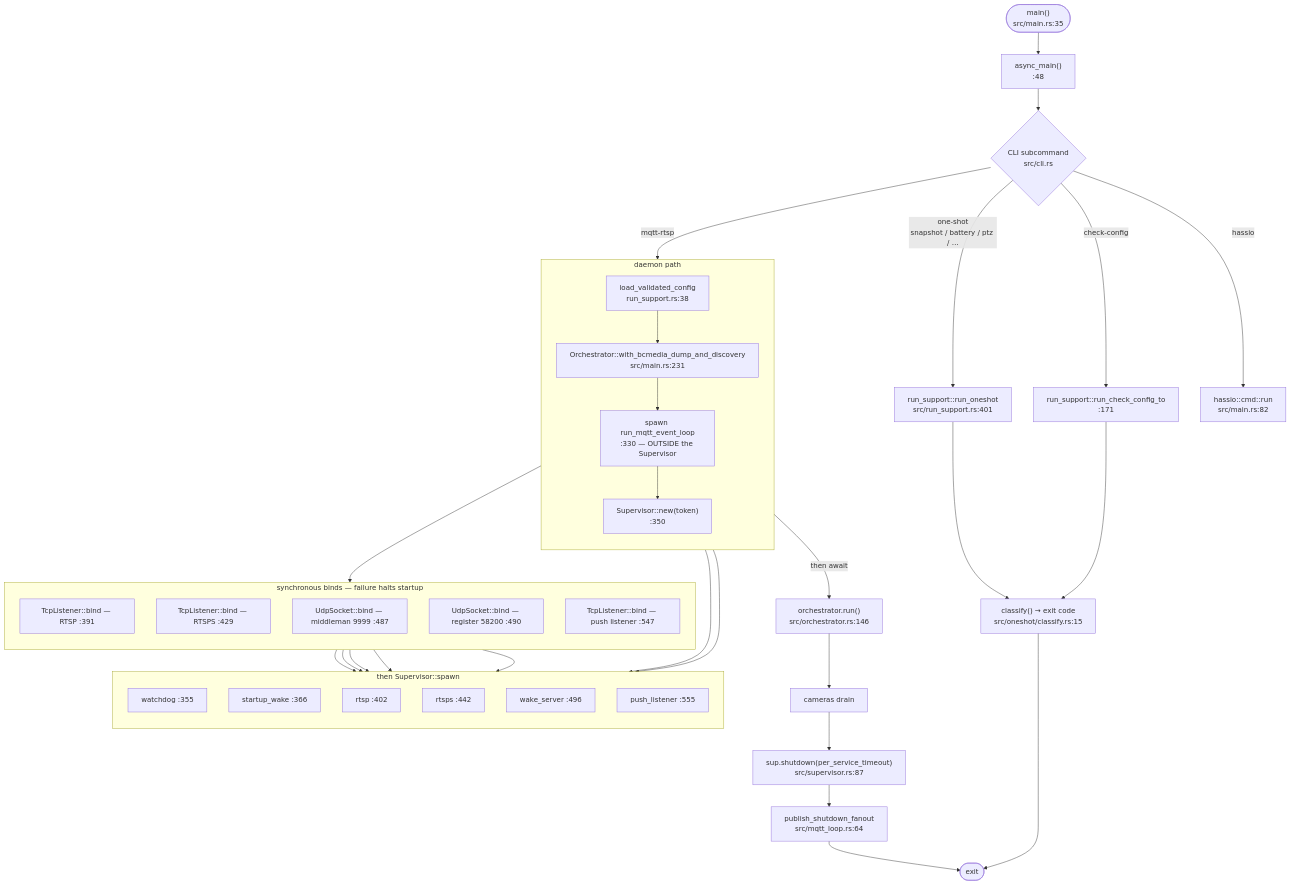
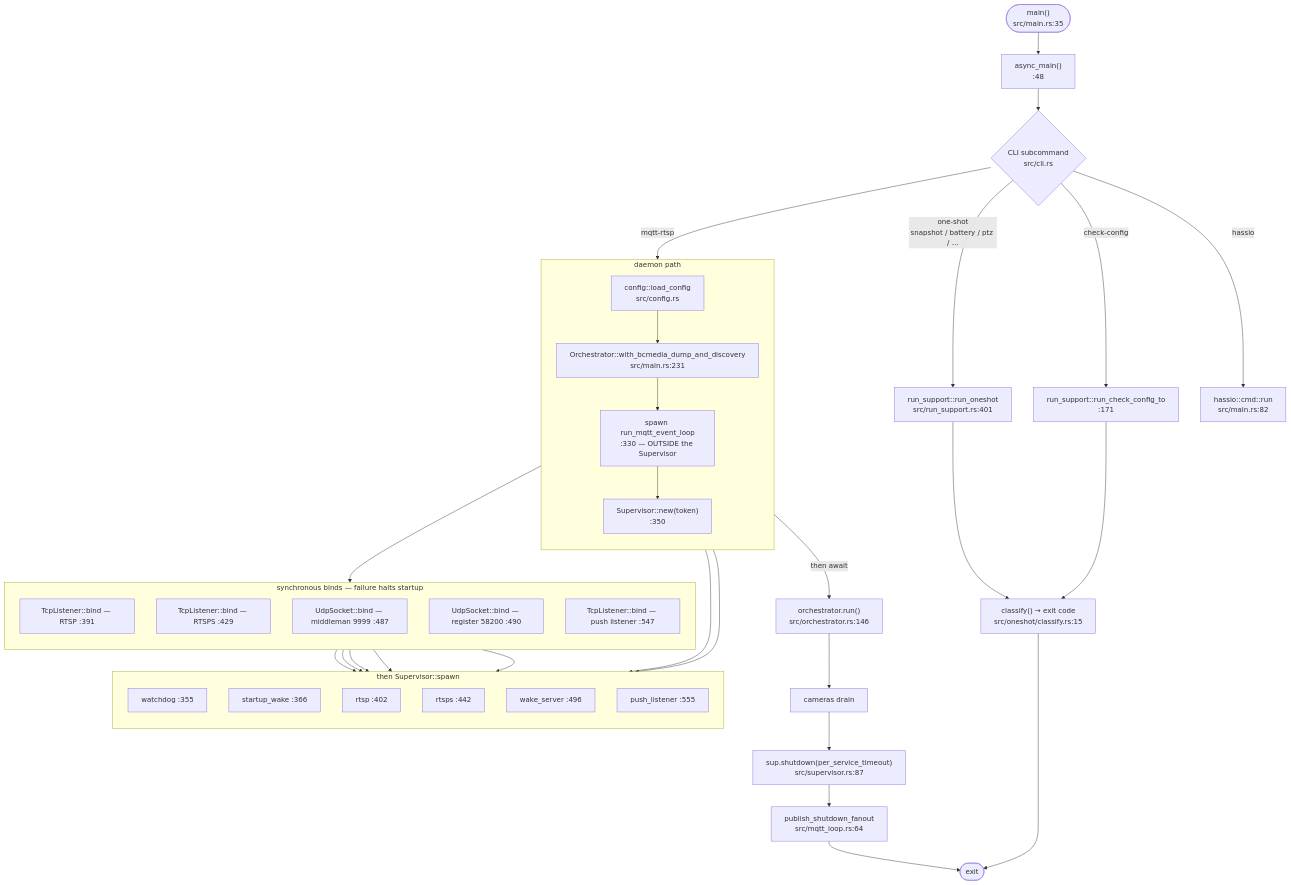
The second of 14 diagrams in docs/code-paths.md (hsoj/bairelay), drawn with Mermaid before and after one commit. The commit also changed 4 other files, not shown here.

````diff
--- a/docs/code-paths.md
+++ b/docs/code-paths.md
@@ -83,62 +83,62 @@
 ```mermaid
 flowchart TD
     START(["main()<br/>src/main.rs:35"]) --> ASYNC["async_main()<br/>:48"]
     ASYNC --> MODE{"CLI subcommand<br/>src/cli.rs"}
 
     ONESHOT["run_support::run_oneshot<br/>src/run_support.rs:401"]
     CHECK["run_support::run_check_config_to<br/>:171"]
     HASS["hassio::cmd::run<br/>src/main.rs:82"]
 
     subgraph DAEMON ["daemon path"]
         direction TB
-        CFG["load_validated_config<br/>run_support.rs:38"]
+        CFG["config::load_config<br/>src/config.rs"]
         ORCH["Orchestrator::with_bcmedia_dump_and_discovery<br/>src/main.rs:231"]
         MQTTLOOP["spawn run_mqtt_event_loop<br/>:330 — OUTSIDE the Supervisor"]
         SUP["Supervisor::new(token)<br/>:350"]
 
         CFG --> ORCH --> MQTTLOOP --> SUP
     end
 
     subgraph BINDS ["synchronous binds — failure halts startup"]
         direction TB
         B1["TcpListener::bind — RTSP :391"]
         B2["TcpListener::bind — RTSPS :429"]
         B3["UdpSocket::bind — middleman 9999 :487"]
         B4["UdpSocket::bind — register 58200 :490"]
         B5["TcpListener::bind — push listener :547"]
     end
 
     subgraph SVCS ["then Supervisor::spawn"]
         direction TB
         S1["watchdog :355"]
         S2["startup_wake :366"]
         S3["rtsp :402"]
         S4["rtsps :442"]
         S5["wake_server :496"]
         S6["push_listener :555"]
     end
 
     MODE -->|"one-shot<br/>snapshot / battery / ptz / …"| ONESHOT
     MODE -->|"check-config"| CHECK
     MODE -->|"hassio"| HASS
     MODE -->|"mqtt-rtsp"| CFG
 
     SUP --> B1
     B1 --> S3
     B2 --> S4
     B3 --> S5
     B4 --> S5
     B5 --> S6
     SUP --> S1
     SUP --> S2
 
     SUP -->|"then await"| RUN["orchestrator.run()<br/>src/orchestrator.rs:146"]
     RUN --> DRAIN["cameras drain"]
     DRAIN --> SHUT["sup.shutdown(per_service_timeout)<br/>src/supervisor.rs:87"]
     SHUT --> FINAL["publish_shutdown_fanout<br/>src/mqtt_loop.rs:64"]
     FINAL --> EXIT(["exit"])
 
     ONESHOT --> CODE["classify() → exit code<br/>src/oneshot/classify.rs:15"]
     CHECK --> CODE
     CODE --> EXIT
 ```
````
